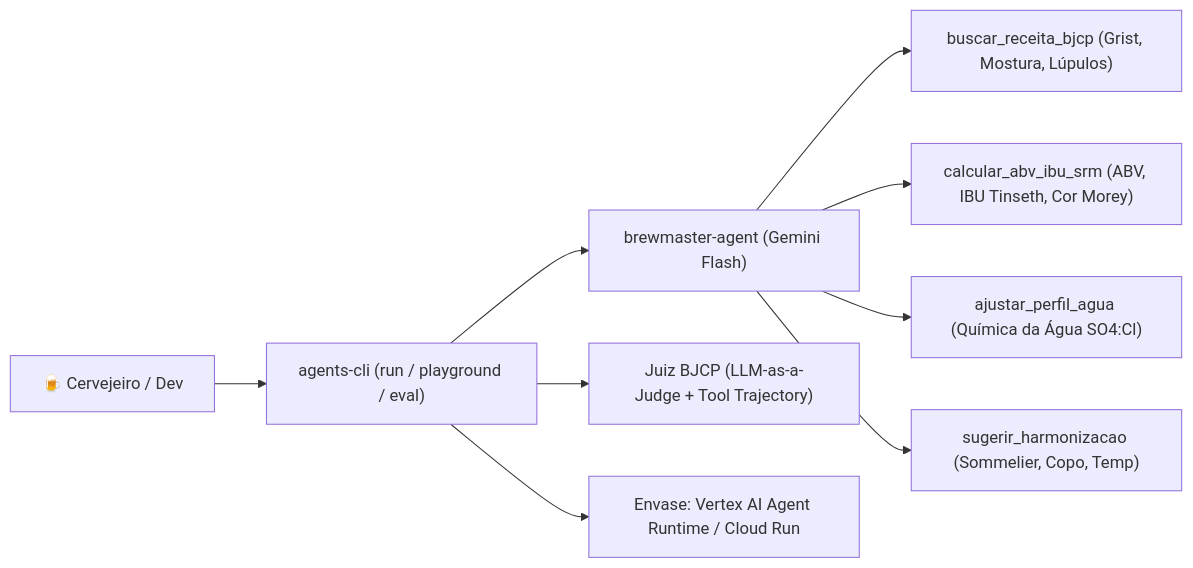
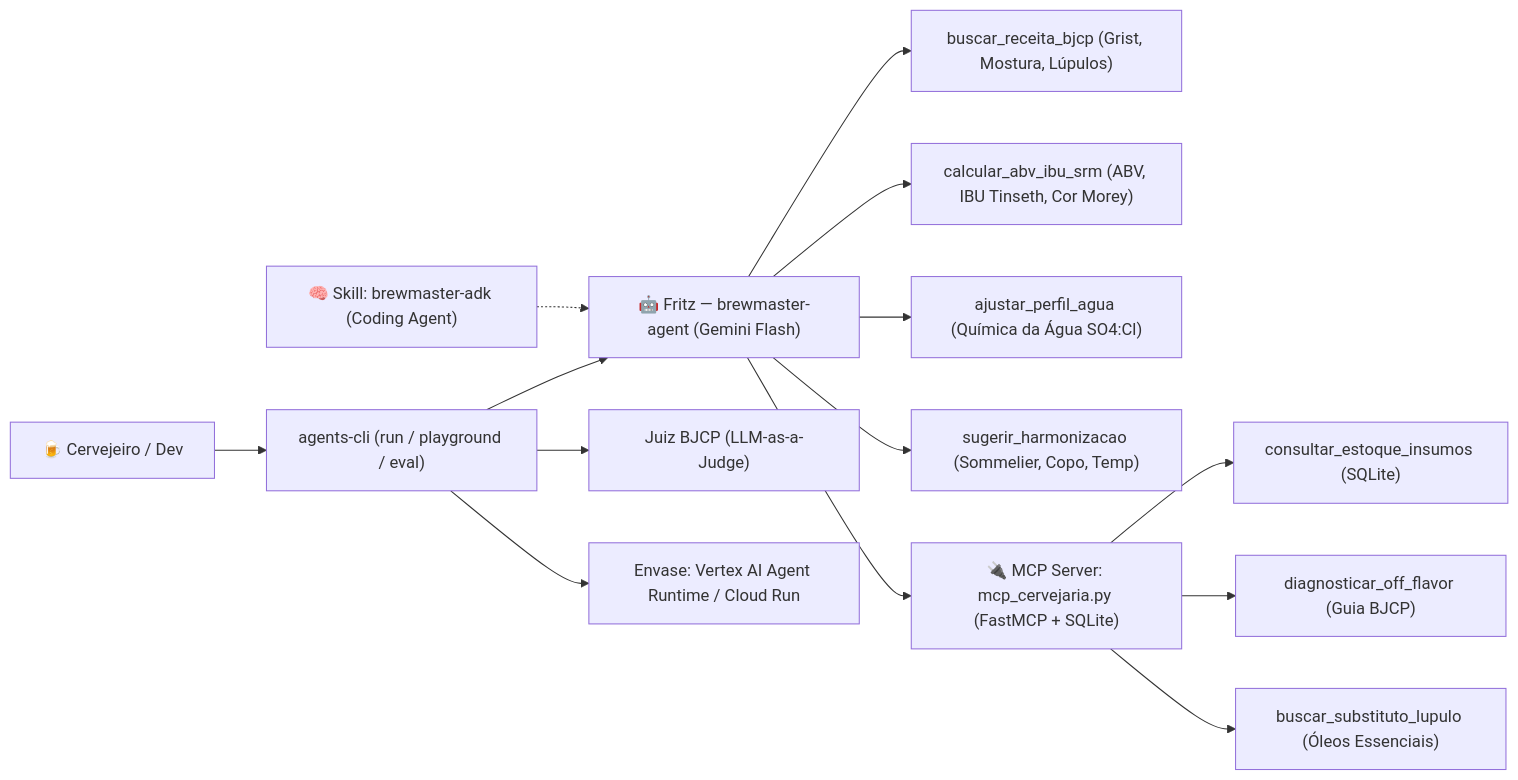
The diagram in README.md (felipemoz/brewmaster-with-adk), drawn with Mermaid before and after one commit. The commit also changed other lines of this file and 4 other files, not shown here.

Commit message:
feat(mcp,skills): add FastMCP SQLite brewery server, brewmaster-adk skill, and Module 8

````diff
--- a/README.md
+++ b/README.md
@@ -19,11 +19,16 @@
 ```mermaid
 flowchart LR
     U["🍺 Cervejeiro / Dev"] --> CLI["agents-cli (run / playground / eval)"]
-    CLI --> AG["brewmaster-agent (Gemini Flash)"]
+    SK["🧠 Skill: brewmaster-adk (Coding Agent)"] -.-> AG
+    CLI --> AG["🤖 Fritz — brewmaster-agent (Gemini Flash)"]
     AG --> T1["buscar_receita_bjcp (Grist, Mostura, Lúpulos)"]
     AG --> T2["calcular_abv_ibu_srm (ABV, IBU Tinseth, Cor Morey)"]
     AG --> T3["ajustar_perfil_agua (Química da Água SO4:Cl)"]
     AG --> T4["sugerir_harmonizacao (Sommelier, Copo, Temp)"]
-    CLI --> EV["Juiz BJCP (LLM-as-a-Judge + Tool Trajectory)"]
+    AG --> MCP["🔌 MCP Server: mcp_cervejaria.py (FastMCP + SQLite)"]
+    MCP --> M1["consultar_estoque_insumos (SQLite)"]
+    MCP --> M2["diagnosticar_off_flavor (Guia BJCP)"]
+    MCP --> M3["buscar_substituto_lupulo (Óleos Essenciais)"]
+    CLI --> EV["Juiz BJCP (LLM-as-a-Judge)"]
     CLI --> DP["Envase: Vertex AI Agent Runtime / Cloud Run"]
 ```
````
